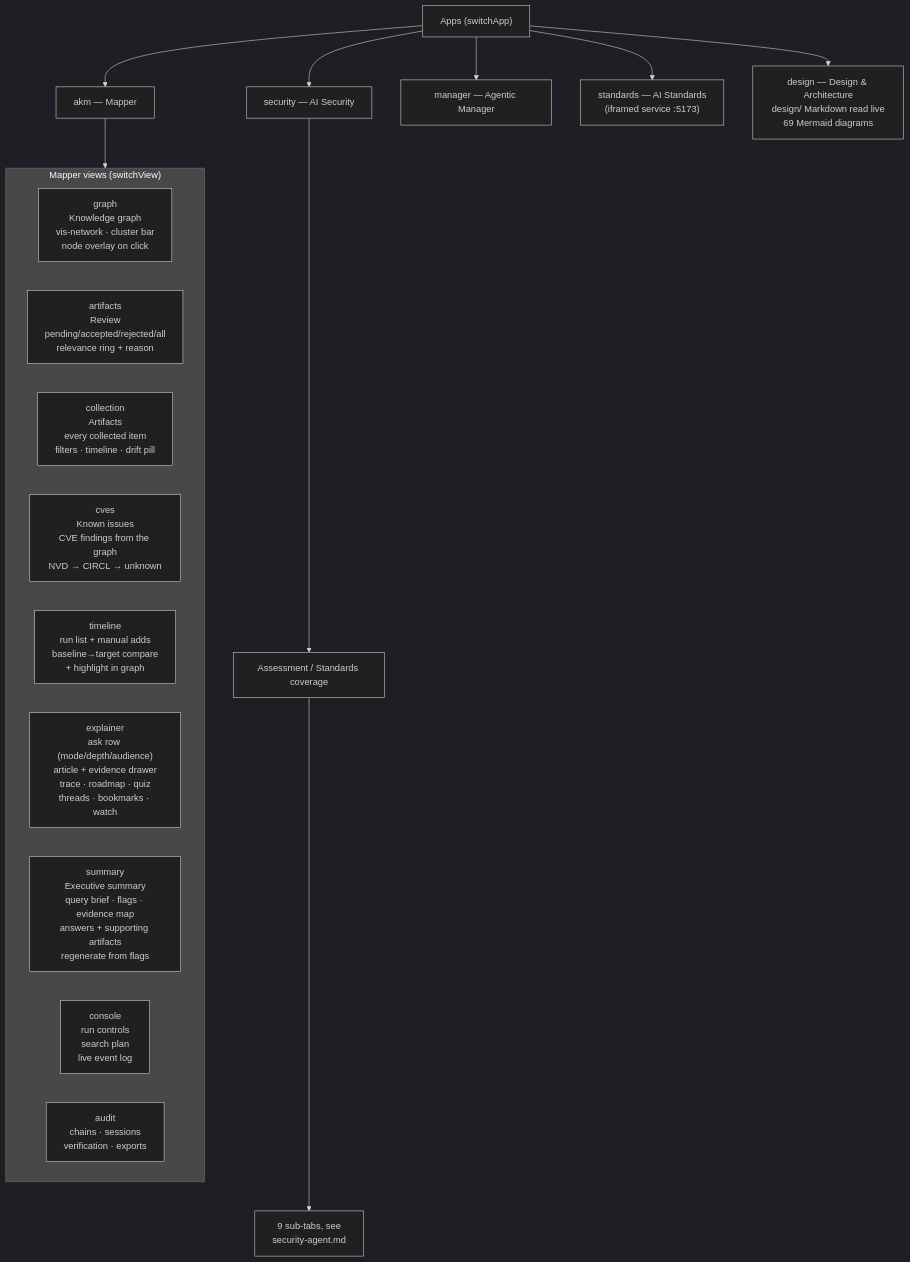
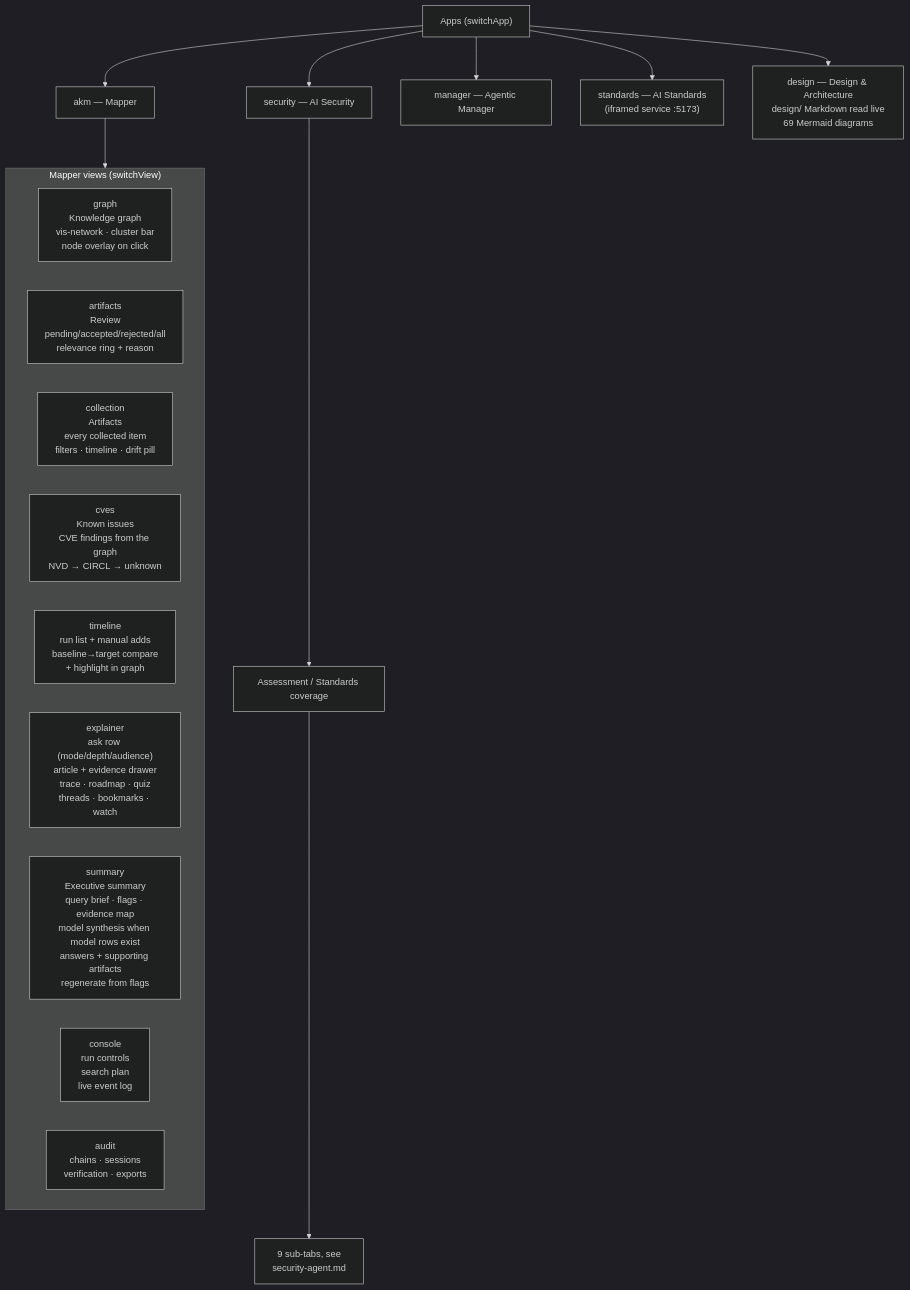
The first of 2 diagrams in docs/frontend.md (harishgovardhandamodar/agentic-knowledge-mapper), drawn with Mermaid (dark theme) before and after one commit. The commit also changed other lines of this file and 6 other files, not shown here.

First line of the commit message:
Synthesise the three model workflows in the executive summary

````diff
--- a/docs/frontend.md
+++ b/docs/frontend.md
@@ -18,23 +18,23 @@
 ```mermaid
 flowchart TB
     APPS["Apps (switchApp)"]
     APPS --> AKM["akm — Mapper"]
     APPS --> SEC["security — AI Security"]
     APPS --> MGR["manager — Agentic Manager"]
     APPS --> STD["standards — AI Standards<br/>(iframed service :5173)"]
     APPS --> DSG["design — Design & Architecture<br/>design/ Markdown read live<br/>69 Mermaid diagrams"]
     AKM --> TABS
     subgraph TABS["Mapper views (switchView)"]
         G["graph<br/>Knowledge graph<br/>vis-network · cluster bar<br/>node overlay on click"]
         R["artifacts<br/>Review<br/>pending/accepted/rejected/all<br/>relevance ring + reason"]
         CO["collection<br/>Artifacts<br/>every collected item<br/>filters · timeline · drift pill"]
         CV["cves<br/>Known issues<br/>CVE findings from the graph<br/>NVD → CIRCL → unknown"]
         TL["timeline<br/>run list + manual adds<br/>baseline→target compare<br/>+ highlight in graph"]
         E["explainer<br/>ask row (mode/depth/audience)<br/>article + evidence drawer<br/>trace · roadmap · quiz<br/>threads · bookmarks · watch"]
-        SU["summary<br/>Executive summary<br/>query brief · flags · evidence map<br/>answers + supporting artifacts<br/>regenerate from flags"]
+        SU["summary<br/>Executive summary<br/>query brief · flags · evidence map<br/>model synthesis when model rows exist<br/>answers + supporting artifacts<br/>regenerate from flags"]
         C["console<br/>run controls<br/>search plan<br/>live event log"]
         AU["audit<br/>chains · sessions<br/>verification · exports"]
     end
     SEC --> SECP["Assessment / Standards coverage"]
     SECP --> S1["9 sub-tabs, see<br/>security-agent.md"]
 ```
````
